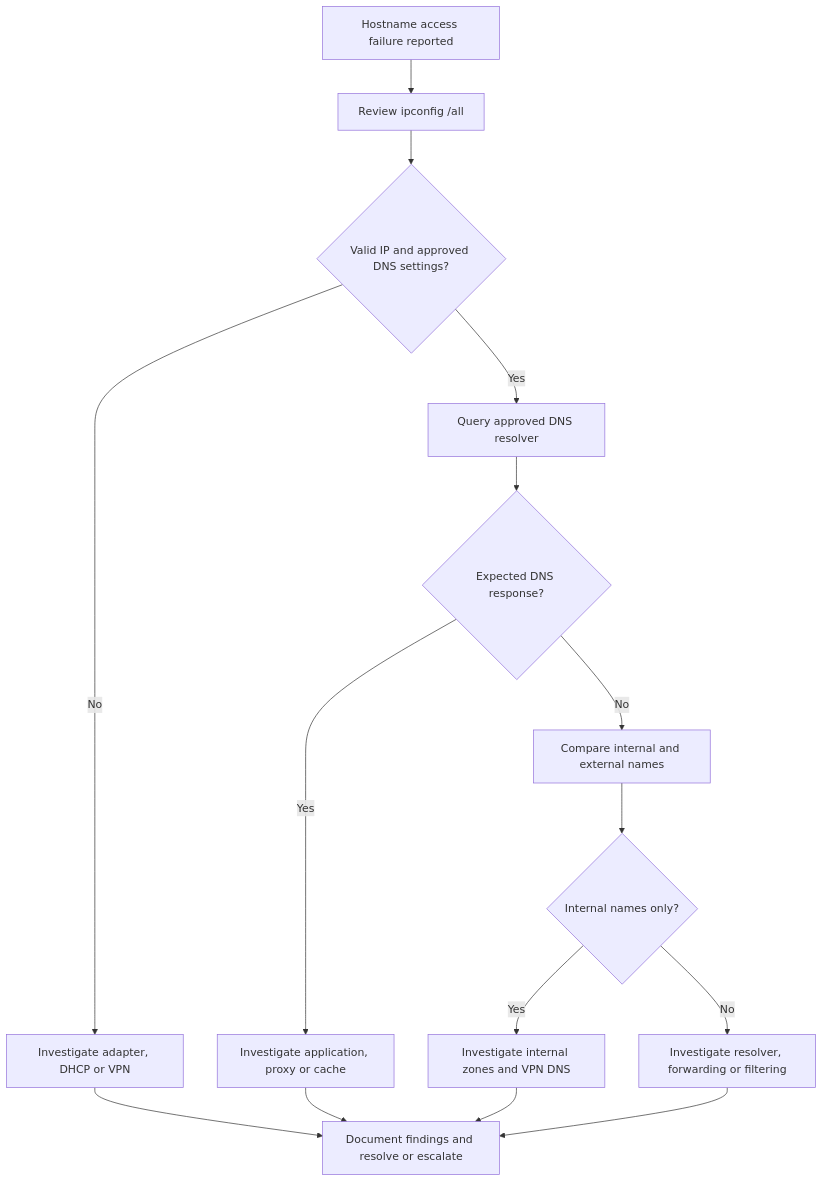
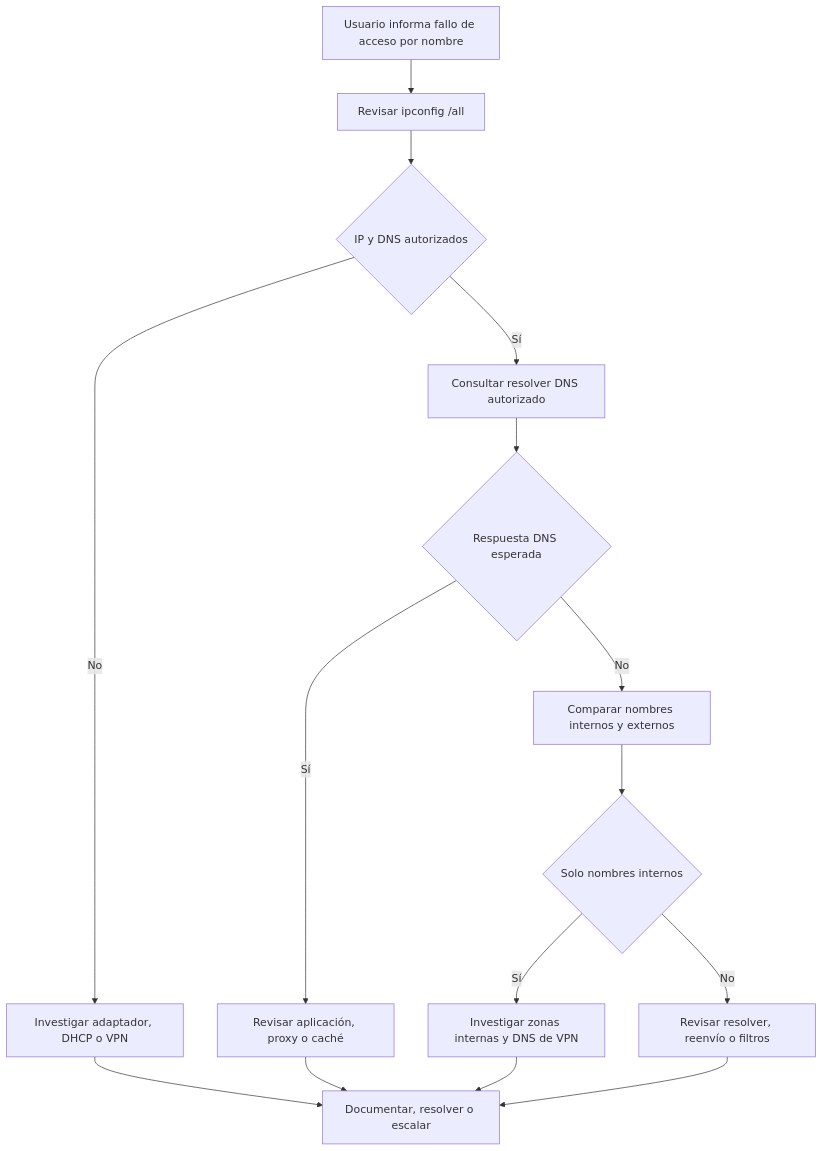
Before and after one commit to fefemora/it-portfolio-es: the diagram in IT-Support/Service-Desk-Incident-Management/incidents/INC-003-DNS-Resolution.md, drawn with Mermaid. The commit also changed other lines of this file, not shown here.

Commit message:
docs(es): translate DNS troubleshooting incident and Mermaid decision flow

````diff
--- a/IT-Support/Service-Desk-Incident-Management/incidents/INC-003-DNS-Resolution.md
+++ b/IT-Support/Service-Desk-Incident-Management/incidents/INC-003-DNS-Resolution.md
@@ -14,17 +14,17 @@
 ```mermaid
 flowchart TD
-    A[Hostname access failure reported] --> B[Review ipconfig /all]
-    B --> C{Valid IP and approved DNS settings?}
-    C -->|No| D[Investigate adapter, DHCP or VPN]
-    C -->|Yes| E[Query approved DNS resolver]
-    E --> F{Expected DNS response?}
-    F -->|Yes| G[Investigate application, proxy or cache]
-    F -->|No| H[Compare internal and external names]
-    H --> I{Internal names only?}
-    I -->|Yes| J[Investigate internal zones and VPN DNS]
-    I -->|No| K[Investigate resolver, forwarding or filtering]
-    D --> L[Document findings and resolve or escalate]
+    A[Usuario informa fallo de acceso por nombre] --> B[Revisar ipconfig /all]
+    B --> C{IP y DNS autorizados}
+    C -->|No| D[Investigar adaptador, DHCP o VPN]
+    C -->|Sí| E[Consultar resolver DNS autorizado]
+    E --> F{Respuesta DNS esperada}
+    F -->|Sí| G[Revisar aplicación, proxy o caché]
+    F -->|No| H[Comparar nombres internos y externos]
+    H --> I{Solo nombres internos}
+    I -->|Sí| J[Investigar zonas internas y DNS de VPN]
+    I -->|No| K[Revisar resolver, reenvío o filtros]
+    D --> L[Documentar, resolver o escalar]
     G --> L
     J --> L
     K --> L
 ```
````
